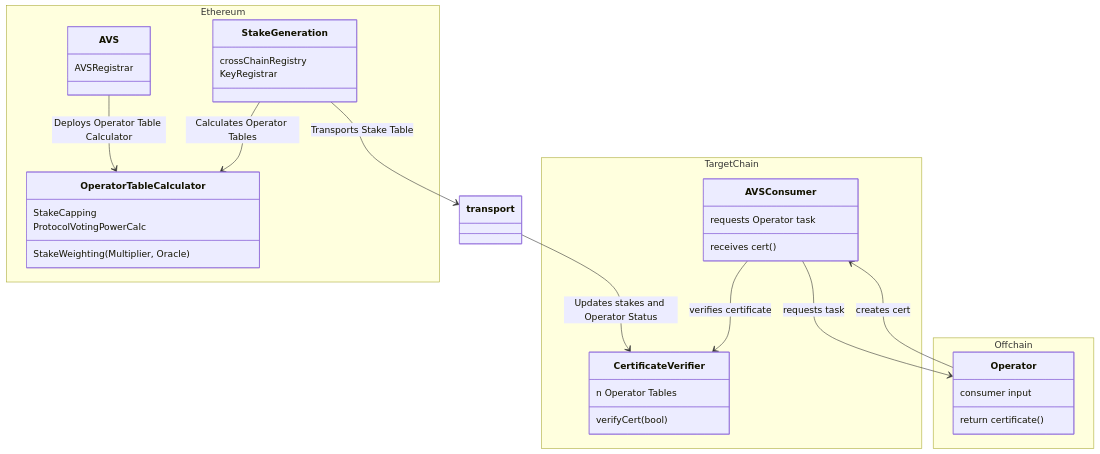
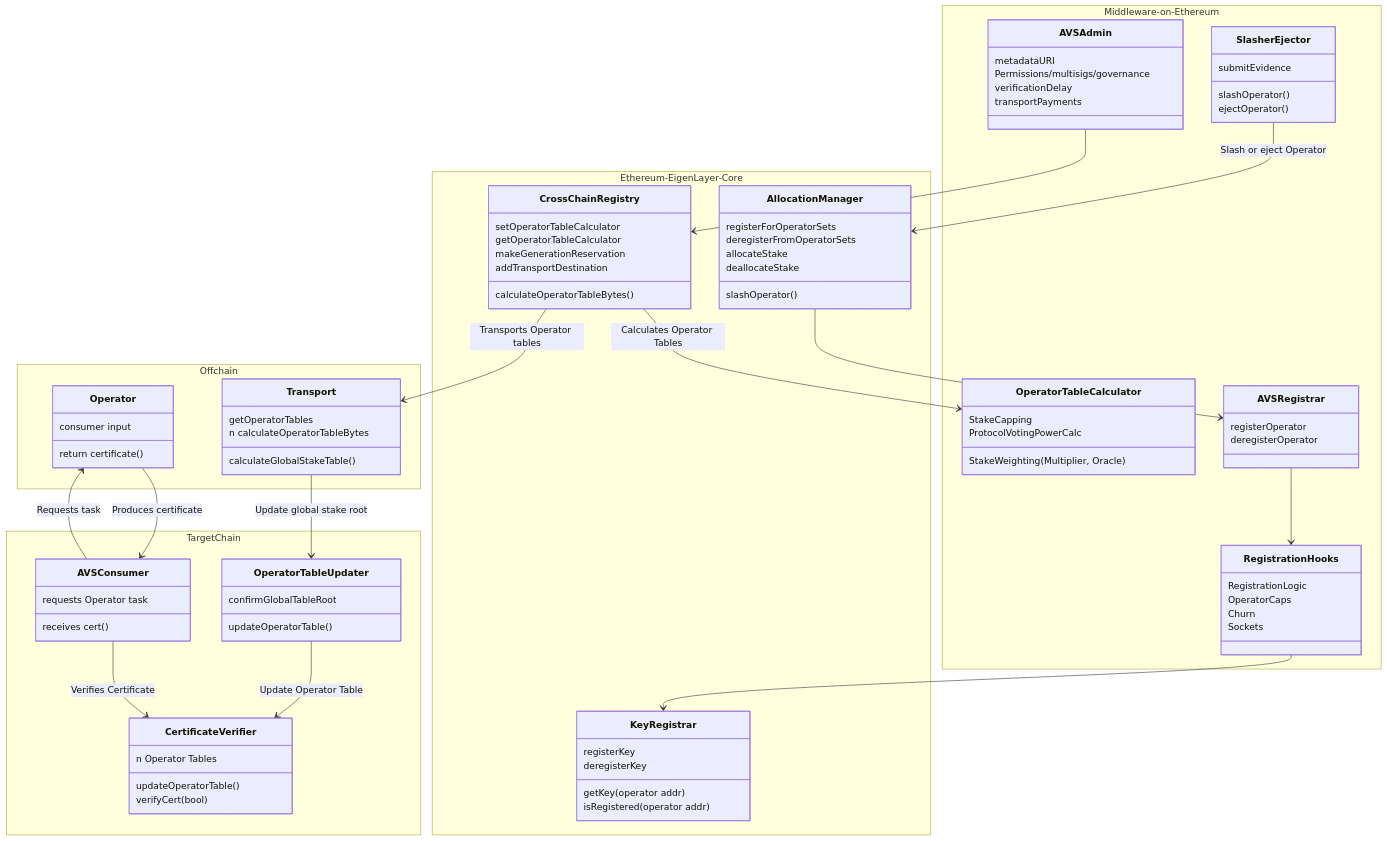
Before and after one commit to Layr-Labs/eigencloud-docs: the diagram in docs/products/eigenlayer/developers/concepts/multichain/multichain-architecture.md, drawn with Mermaid. The commit also changed other lines of this file and 1 other file, not shown here.

Commit message:
Updated against ELIP updates

````diff
--- a/docs/products/eigenlayer/developers/concepts/multichain/multichain-architecture.md
+++ b/docs/products/eigenlayer/developers/concepts/multichain/multichain-architecture.md
@@ -30,43 +58,93 @@
 ```mermaid
 classDiagram 
 direction TD
-namespace Ethereum{
-    class AVS {
-        AVSRegistrar
-    }
+namespace Middleware-on-Ethereum{
     class OperatorTableCalculator {
         StakeCapping
         StakeWeighting (Multiplier, Oracle)
         ProtocolVotingPowerCalc
     }
-    class StakeGeneration {
-        crossChainRegistry
-        KeyRegistrar
-  }   
+    class AVSAdmin {
+        metadataURI
+        Permissions/multisigs/governance
+        verificationDelay
+        transportPayments
+    }
+    class AVSRegistrar {
+         registerOperator
+         deregisterOperator
+    }
+    class SlasherEjector {
+      submitEvidence
+      slashOperator ()
+      ejectOperator ()
+    }
+    class RegistrationHooks{
+        RegistrationLogic
+        OperatorCaps
+        Churn
+        Sockets
+    }
+}
+namespace Ethereum-EigenLayer-Core{
+    class AllocationManager {
+      registerForOperatorSets
+      deregisterFromOperatorSets
+      allocateStake
+      deallocateStake
+      slashOperator()
+    }
+    class KeyRegistrar{
+      registerKey
+      deregisterKey
+      getKey (operator addr)
+      isRegistered (operator addr)
+    }
+    class CrossChainRegistry{
+      setOperatorTableCalculator
+      getOperatorTableCalculator
+      makeGenerationReservation
+      addTransportDestination
+      calculateOperatorTableBytes()
+  }
 }
 namespace TargetChain{
-    class AVSConsumer {
+    class OperatorTableUpdater{
+      confirmGlobalTableRoot
+      updateOperatorTable()
+    }
+    class CertificateVerifier{
+      n Operator Tables
+      updateOperatorTable()
+      verifyCert (bool)
+    }
+    class AVSConsumer{
       requests Operator task 
       receives cert ()
     }
-    class CertificateVerifier{
-      n Operator Tables
-     verifyCert (bool)
- }
 }
 
 namespace Offchain{
-  class Operator {
-   consumer input
-   return certificate()
+ class Operator {
+    consumer input
+    return certificate()
+ }
+ class Transport{
+    getOperatorTables
+    n calculateOperatorTableBytes
+    calculateGlobalStakeTable()
   }
 }
-
-AVS --> OperatorTableCalculator : Deploys Operator Table Calculator
-StakeGeneration --> OperatorTableCalculator : Calculates Operator Tables
-Stake Generation --> transport : Transports Stake Table
-transport --> CertificateVerifier : Updates stakes and Operator Status
-AVSConsumer --> Operator : requests task
-Operator --> AVSConsumer: creates cert
-AVSConsumer --> CertificateVerifier : verifies certificate
+AllocationManager --> AVSRegistrar
+AVSAdmin --> CrossChainRegistry
+CrossChainRegistry --> OperatorTableCalculator : Calculates Operator Tables
+AVSRegistrar --> RegistrationHooks
+RegistrationHooks --> KeyRegistrar
+SlasherEjector --> AllocationManager : Slash or eject Operator 
+CrossChainRegistry --> Transport : Transports Operator tables
+Transport --> OperatorTableUpdater: Update global stake root 
+OperatorTableUpdater --> CertificateVerifier: Update Operator Table
+Operator --> AVSConsumer : Produces certificate
+Operator <-- AVSConsumer : Requests task
+AVS Consumer --> CertificateVerifier : Verifies Certificate
 ```
````
